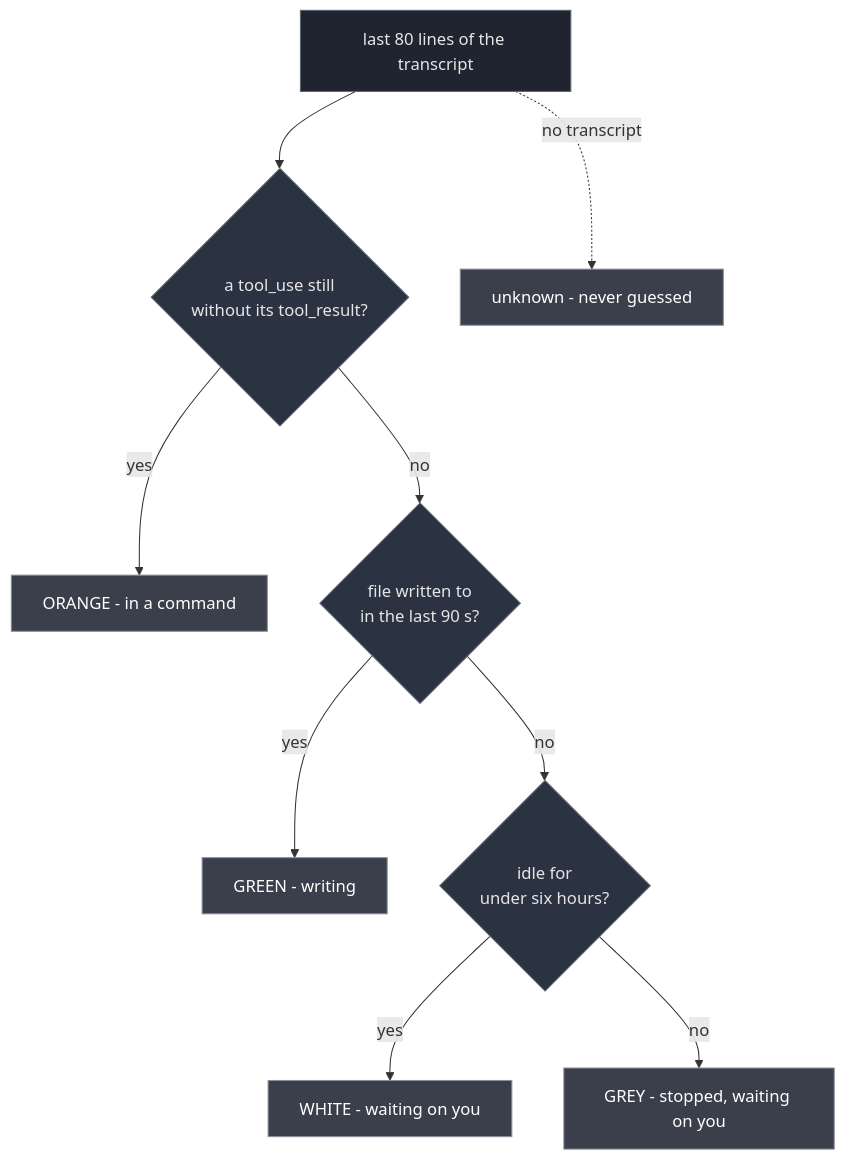
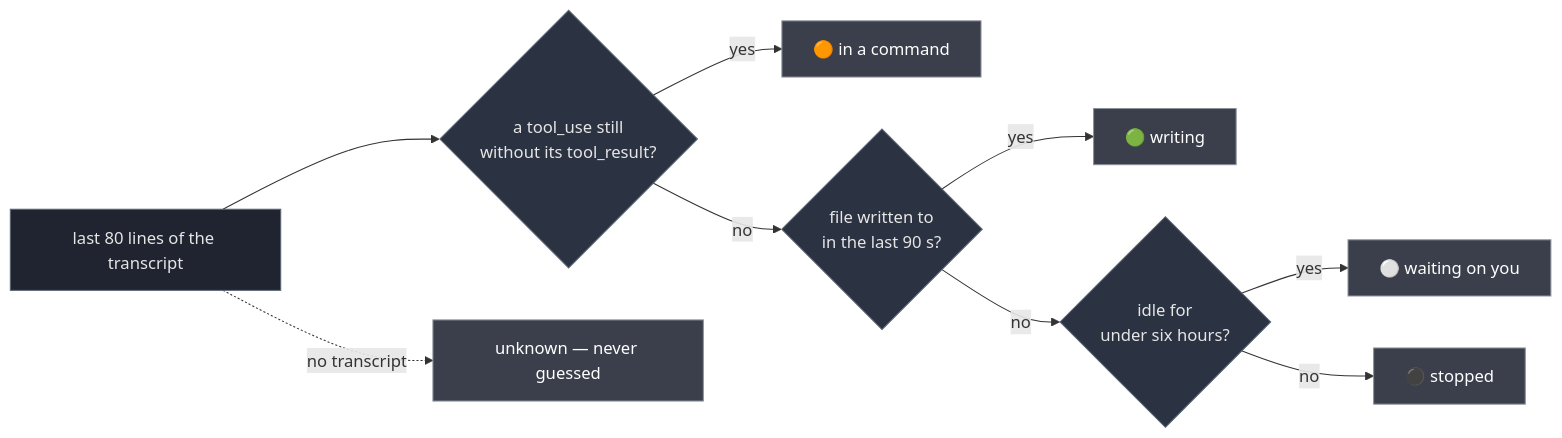
The diagram in README.md (ElRaxy/sereno), drawn with Mermaid before and after one commit. The commit also changed 1 other file, not shown here.

Commit message:
docs(readme): el arbol de estados en horizontal, con los mismos iconos que la lista
En vertical salia altisimo (cuatro niveles de decision apilados) y partia la lectura
del README en dos. En horizontal mide 1240x347, que es la forma de una cascada, que
es justo lo que es la logica. Y los nodos de salida llevan el mismo icono que se ve
en la fila, no el nombre del color.

Validado con el parser de mermaid, no dando por hecho que la sintaxis fuera buena:
los dos idiomas renderizan y devuelven SVG.

````diff
--- a/README.md
+++ b/README.md
@@ -87,18 +87,18 @@
 ```mermaid
-flowchart TD
+flowchart LR
     T["last 80 lines of the transcript"] --> A{"a tool_use still<br>without its tool_result?"}
-    A -->|yes| S1["ORANGE - in a command"]
+    A -->|yes| S1["🟠 in a command"]
     A -->|no| B{"file written to<br>in the last 90 s?"}
-    B -->|yes| S2["GREEN - writing"]
+    B -->|yes| S2["🟢 writing"]
     B -->|no| C{"idle for<br>under six hours?"}
-    C -->|yes| S3["WHITE - waiting on you"]
-    C -->|no| S4["GREY - stopped, waiting on you"]
-    T -.->|"no transcript"| S5["unknown - never guessed"]
+    C -->|yes| S3["⚪ waiting on you"]
+    C -->|no| S4["⚫ stopped"]
+    T -.->|"no transcript"| S5["unknown — never guessed"]
 
     classDef fact fill:#1f2430,stroke:#5c6773,color:#e6e6e6
     classDef ask fill:#2b3242,stroke:#5c6773,color:#e6e6e6
     classDef out fill:#3a3f4b,stroke:#8a8f99,color:#ffffff
     class T fact
     class A,B,C ask
     class S1,S2,S3,S4,S5 out
 ```
````
